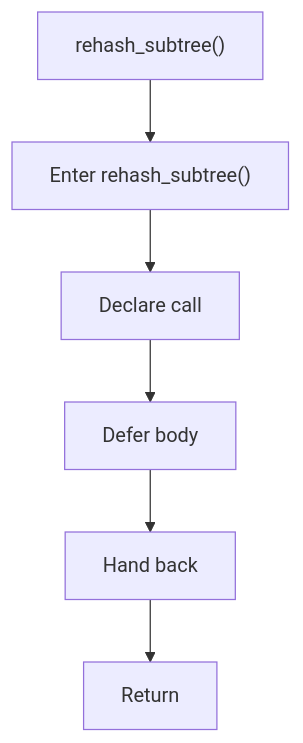
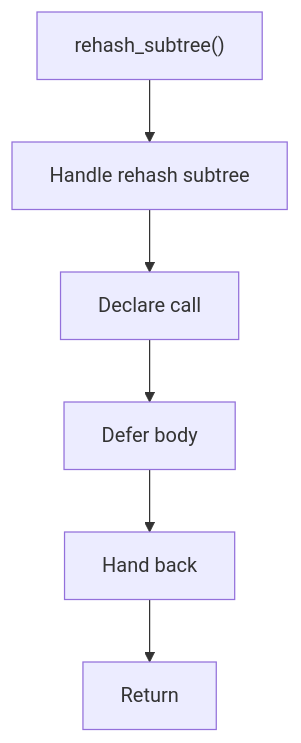
The diagram in docs/Codebase/Microservice/Modules/Header/SyntacticBrokenAST/Trees/Actual/Internal/Flow/functions/rehash_subtree.hpp.md (JohnAndrewBalbarosa/NeoTerritory), drawn with Mermaid before and after one commit. The commit also changed other lines of this file and 925 other files, not shown here.

````diff
--- a/docs/Codebase/Microservice/Modules/Header/SyntacticBrokenAST/Trees/Actual/Internal/Flow/functions/rehash_subtree.hpp.md
+++ b/docs/Codebase/Microservice/Modules/Header/SyntacticBrokenAST/Trees/Actual/Internal/Flow/functions/rehash_subtree.hpp.md
@@ -16,14 +16,14 @@
 ```mermaid
 flowchart TD
     Start["rehash_subtree()"]
-    N0["Enter rehash_subtree()"]
+    N0["Handle rehash subtree"]
     N1["Declare call"]
     N2["Defer body"]
     N3["Hand back"]
     End["Return"]
     Start --> N0
     N0 --> N1
     N1 --> N2
     N2 --> N3
     N3 --> End
 ```
````
